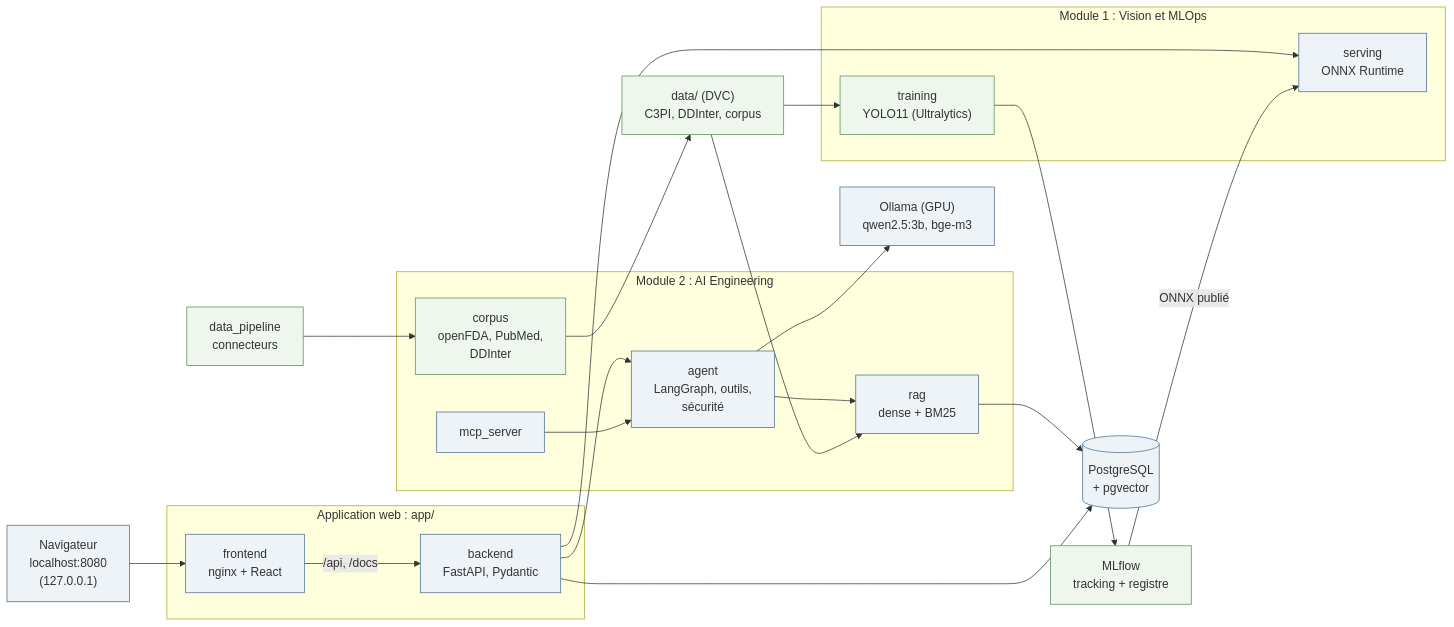
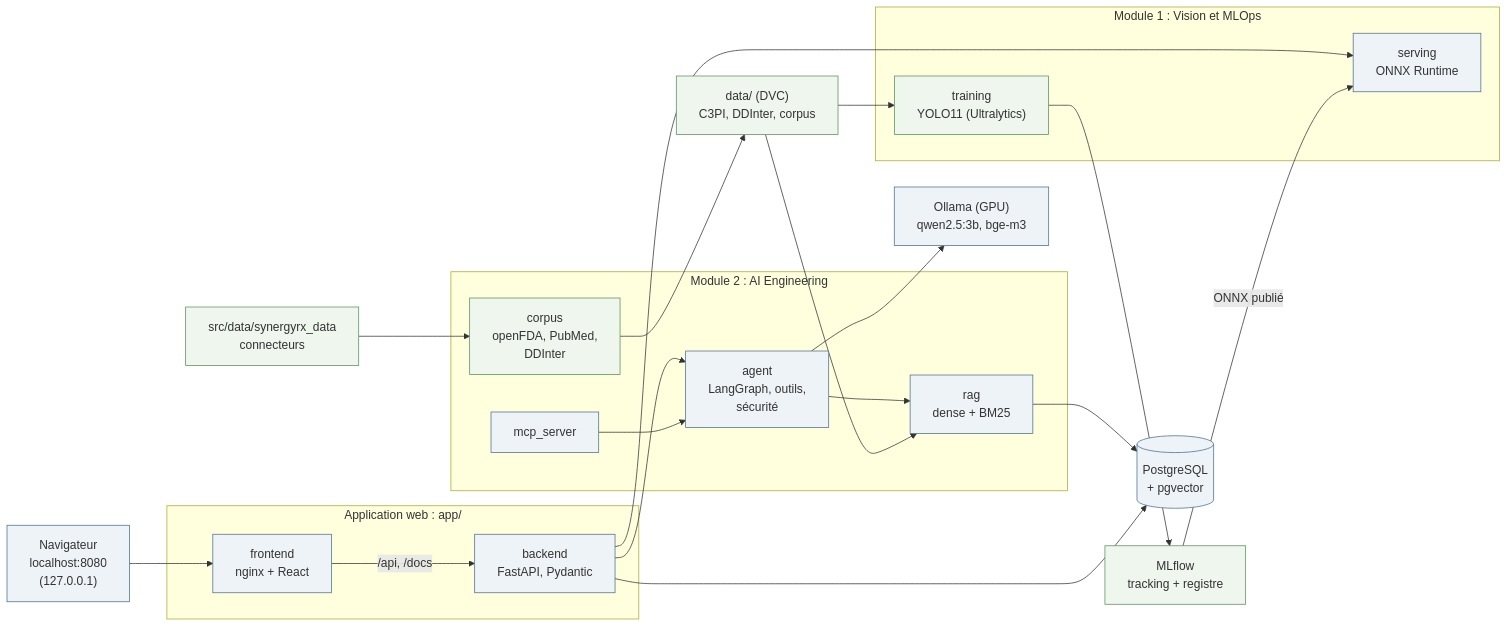
Before and after one commit to melekbouabid/syRX: the diagram in docs/diagrams/architecture.mmd, drawn with Mermaid. The commit also changed 100 other files, not shown here.

First line of the commit message:
refactor(data): move the data collection pipeline to src/data and its records to config/ and docs/

```diff
--- a/docs/diagrams/architecture.mmd
+++ b/docs/diagrams/architecture.mmd
@@ -1,32 +1,32 @@
 flowchart LR
   NAV["Navigateur<br/>localhost:8080<br/>(127.0.0.1)"] --> FE
   subgraph APP["Application web : app/"]
     FE["frontend<br/>nginx + React"] -- "/api, /docs" --> BE["backend<br/>FastAPI, Pydantic"]
   end
   subgraph M1["Module 1 : Vision et MLOps"]
     SCAN["serving<br/>ONNX Runtime"]
     TR["training<br/>YOLO11 (Ultralytics)"]
   end
   subgraph M2["Module 2 : AI Engineering"]
     AG["agent<br/>LangGraph, outils,<br/>sécurité"]
     MCP["mcp_server"]
     RAG["rag<br/>dense + BM25"]
     CORP["corpus<br/>openFDA, PubMed,<br/>DDInter"]
   end
   BE --> SCAN
   BE --> AG
   MCP --> AG
   AG --> RAG
   AG --> OL["Ollama (GPU)<br/>qwen2.5:3b, bge-m3"]
   RAG --> PG[("PostgreSQL<br/>+ pgvector")]
   BE --> PG
   TR --> MLF["MLflow<br/>tracking + registre"]
   MLF -- "ONNX publié" --> SCAN
   DATA["data/ (DVC)<br/>C3PI, DDInter, corpus"] --> TR
   CORP --> DATA
   DATA --> RAG
-  PIPE["data_pipeline<br/>connecteurs"] --> CORP
+  PIPE["src/data/synergyrx_data<br/>connecteurs"] --> CORP
   classDef ops fill:#eef6ee,stroke:#5a8f5a
   classDef app fill:#eef3f8,stroke:#4a6f8f
   class DATA,TR,MLF,PIPE,CORP ops
   class NAV,FE,BE,SCAN,AG,OL,PG,MCP,RAG app
```
